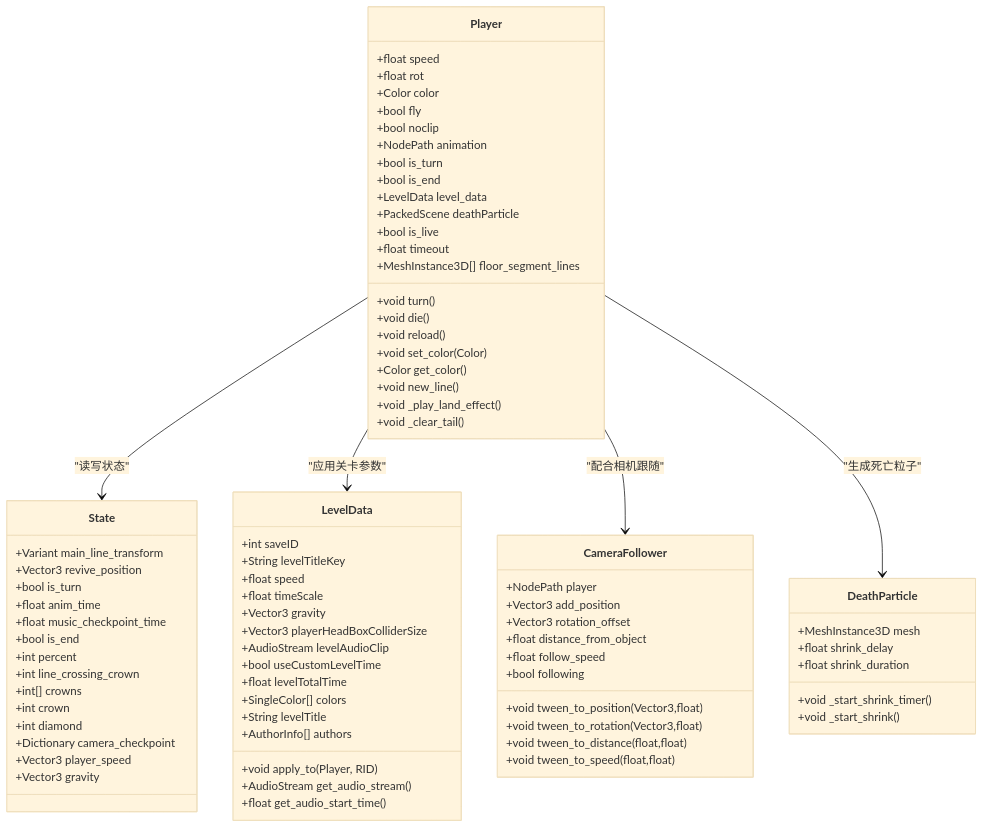
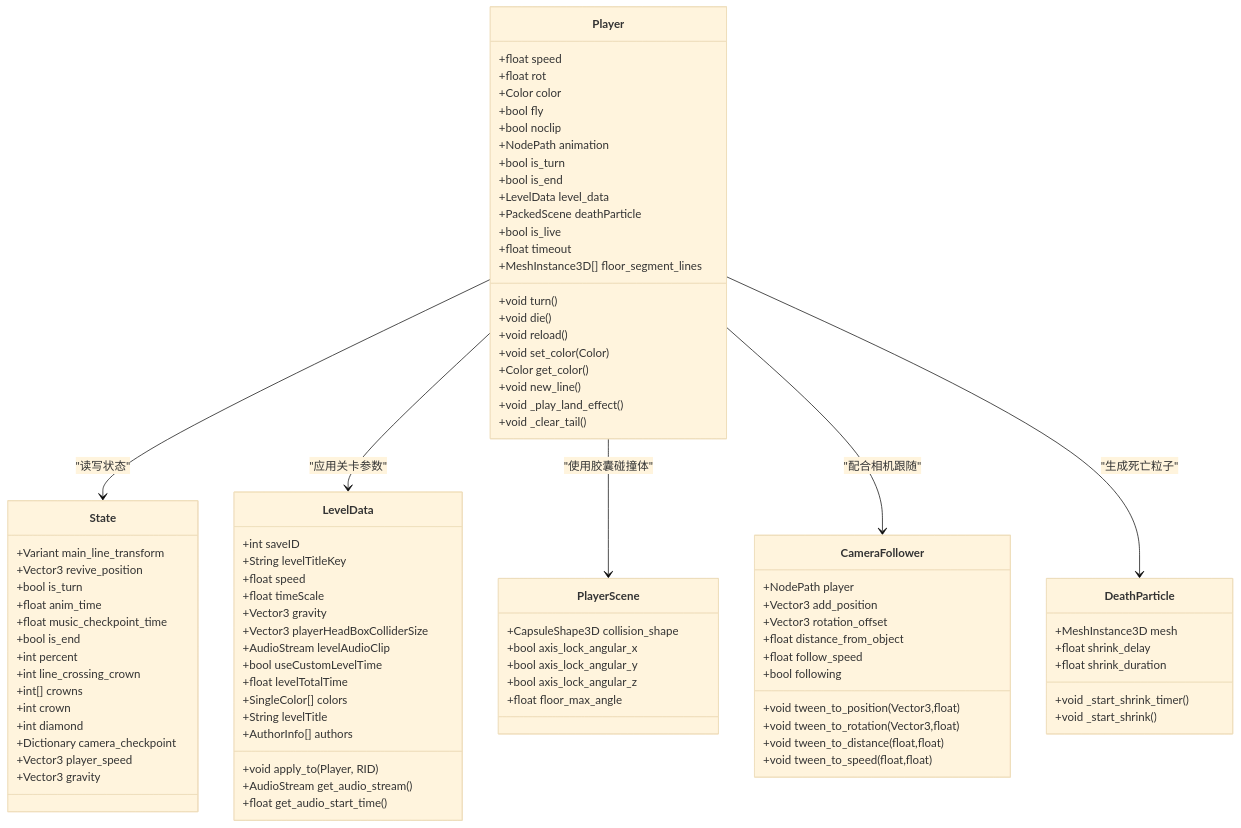
One commit to godotline/godot-line changed the third of 6 diagrams in .qoder/repowiki/zh/content/游戏系统/角色控制系统.md. Above: the diagram before and after it, drawn with Mermaid (base theme). The commit also changed other lines of this file and 13 other files, not shown here.

````diff
--- a/.qoder/repowiki/zh/content/游戏系统/角色控制系统.md
+++ b/.qoder/repowiki/zh/content/游戏系统/角色控制系统.md
@@ -205,6 +218,13 @@
 +AudioStream get_audio_stream()
 +float get_audio_start_time()
 }
+class PlayerScene {
++CapsuleShape3D collision_shape
++bool axis_lock_angular_x
++bool axis_lock_angular_y
++bool axis_lock_angular_z
++float floor_max_angle
+}
 class CameraFollower {
 +NodePath player
 +Vector3 add_position
@@ -226,6 +246,7 @@
 }
 Player --> State : "读写状态"
 Player --> LevelData : "应用关卡参数"
+Player --> PlayerScene : "使用胶囊碰撞体"
 Player --> CameraFollower : "配合相机跟随"
 Player --> DeathParticle : "生成死亡粒子"
 ```
````
